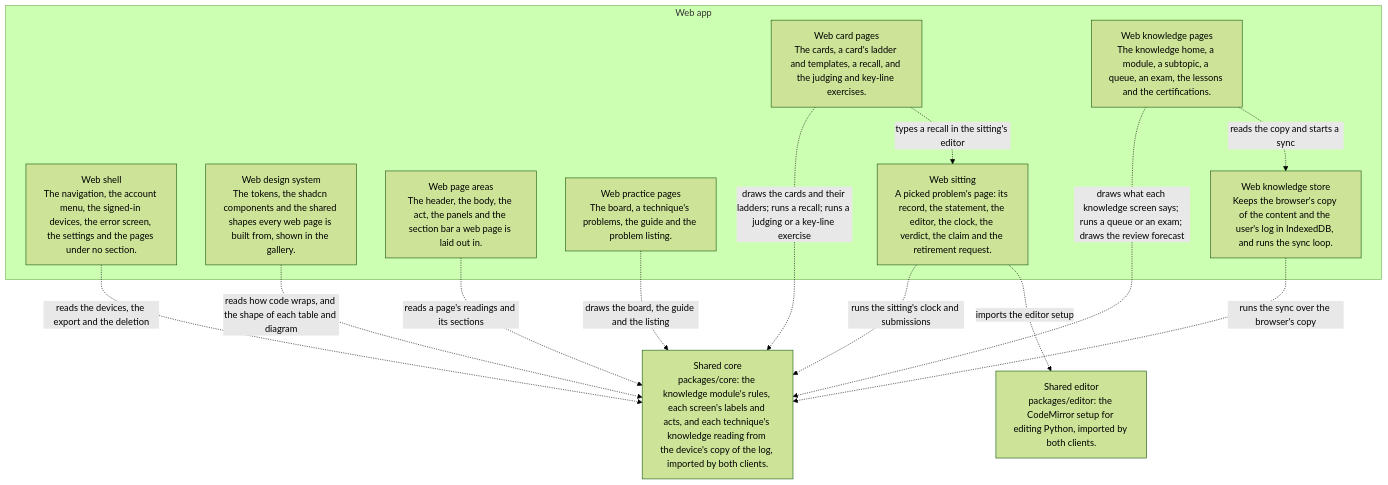
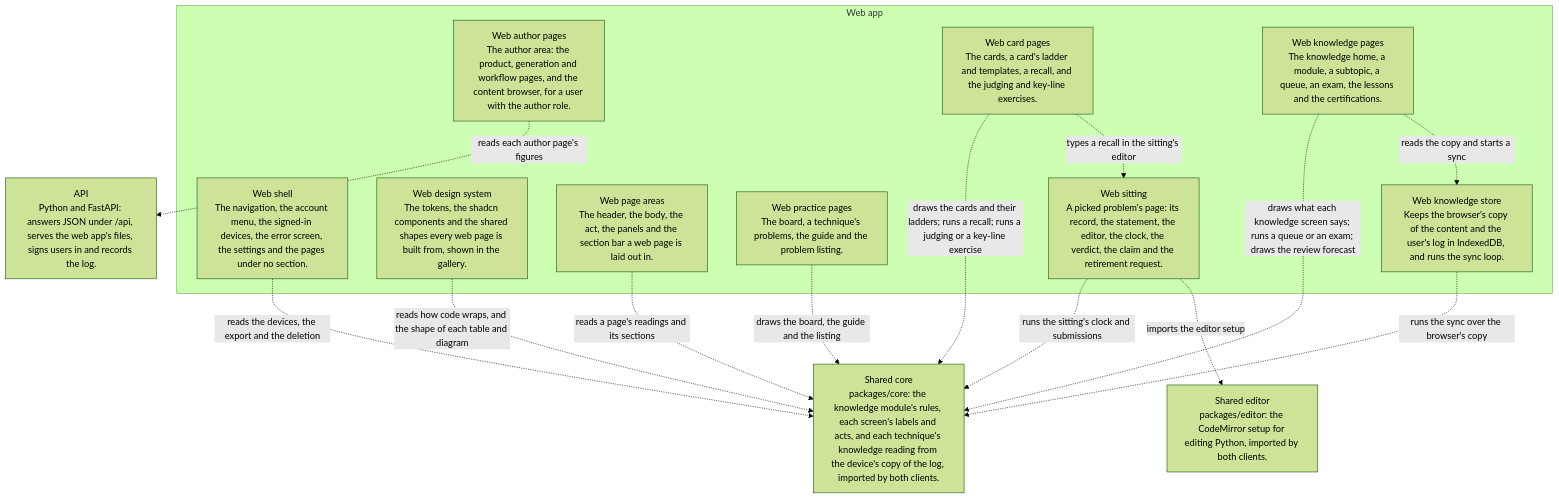
Before and after one commit to climbance/climbance: the third of 7 diagrams in docs/architecture/README.md, drawn with Mermaid (forest theme). The commit also changed other lines of this file and 1 other file, not shown here.

Commit message:
docs(model): add the author area's elements

````diff
--- a/docs/architecture/README.md
+++ b/docs/architecture/README.md
@@ -85,26 +85,29 @@
 ```mermaid
 flowchart TB
     core_package["Shared core<br/>packages/core: the knowledge module's rules, each screen's labels and acts, and each technique's knowledge reading from the device's copy of the log, imported by both clients."]
     shared_editor["Shared editor<br/>packages/editor: the CodeMirror setup for editing Python, imported by both clients."]
+    api["API<br/>Python and FastAPI: answers JSON under /api, serves the web app's files, signs users in and records the log."]
     subgraph web_app["Web app"]
         web_shell["Web shell<br/>The navigation, the account menu, the signed-in devices, the error screen, the settings and the pages under no section."]
+        web_author["Web author pages<br/>The author area: the product, generation and workflow pages, and the content browser, for a user with the author role."]
         web_design_system["Web design system<br/>The tokens, the shadcn components and the shared shapes every web page is built from, shown in the gallery."]
         web_areas["Web page areas<br/>The header, the body, the act, the panels and the section bar a web page is laid out in."]
         web_practice["Web practice pages<br/>The board, a technique's problems, the guide and the problem listing."]
         web_cards["Web card pages<br/>The cards, a card's ladder and templates, a recall, and the judging and key-line exercises."]
         web_sitting["Web sitting<br/>A picked problem's page: its record, the statement, the editor, the clock, the verdict, the claim and the retirement request."]
         web_knowledge["Web knowledge pages<br/>The knowledge home, a module, a subtopic, a queue, an exam, the lessons and the certifications."]
         web_knowledge_store["Web knowledge store<br/>Keeps the browser's copy of the content and the user's log in IndexedDB, and runs the sync loop."]
     end
+    web_author -.->|"reads each author page's figures"| api
     web_knowledge -.->|"draws what each knowledge screen says; runs a queue or an exam; draws the review forecast"| core_package
     web_knowledge -.->|"reads the copy and starts a sync"| web_knowledge_store
     web_knowledge_store -.->|"runs the sync over the browser's copy"| core_package
     web_practice -.->|"draws the board, the guide and the listing"| core_package
     web_cards -.->|"draws the cards and their ladders; runs a recall; runs a judging or a key-line exercise"| core_package
     web_cards -.->|"types a recall in the sitting's editor"| web_sitting
     web_sitting -.->|"runs the sitting's clock and submissions"| core_package
     web_sitting -.->|"imports the editor setup"| shared_editor
     web_shell -.->|"reads the devices, the export and the deletion"| core_package
     web_areas -.->|"reads a page's readings and its sections"| core_package
     web_design_system -.->|"reads how code wraps, and the shape of each table and diagram"| core_package
 ```
````
